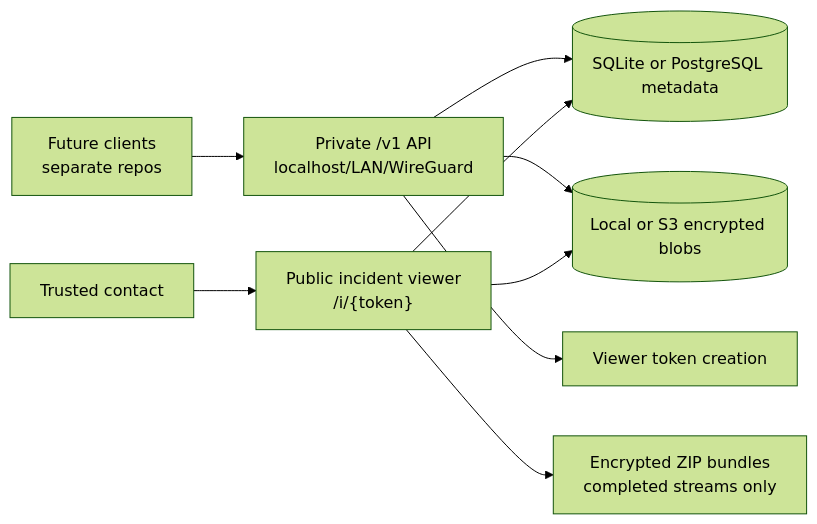
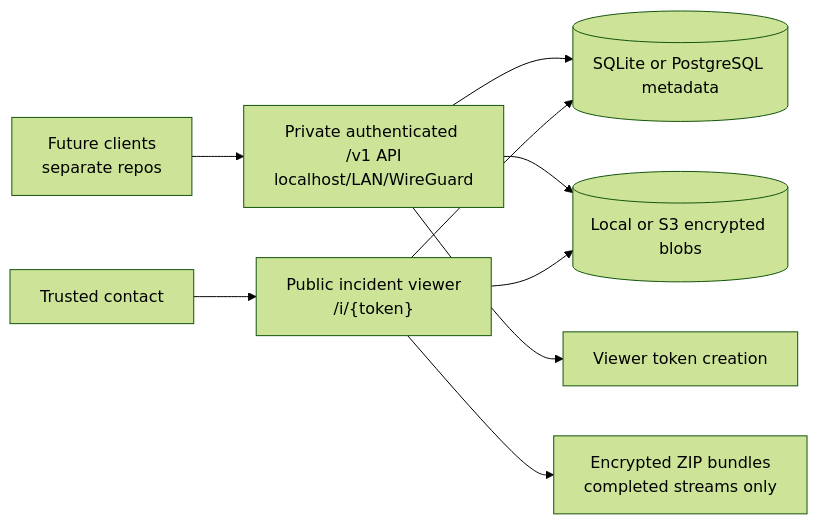
The diagram in README.md (open-proofline/server), drawn with Mermaid (forest theme) before and after one commit. The commit also changed other lines of this file and 75 other files, not shown here.

````diff
--- a/README.md
+++ b/README.md
@@ -103,11 +105,11 @@
 ```mermaid
 flowchart LR
-    FutureClients["Future clients<br/>separate repos"] --> Private["Private /v1 API<br/>localhost/LAN/WireGuard"]
+    FutureClients["Future clients<br/>separate repos"] --> Private["Private authenticated /v1 API<br/>localhost/LAN/WireGuard"]
     Private --> DB[(SQLite or PostgreSQL metadata)]
     Private --> Blobs[(Local or S3 encrypted blobs)]
     Private --> Tokens["Viewer token creation"]
     Contact["Trusted contact"] --> Public["Public incident viewer<br/>/i/{token}"]
     Public --> DB
     Public --> Blobs
     Public --> Bundles["Encrypted ZIP bundles<br/>completed streams only"]
 ```
````
